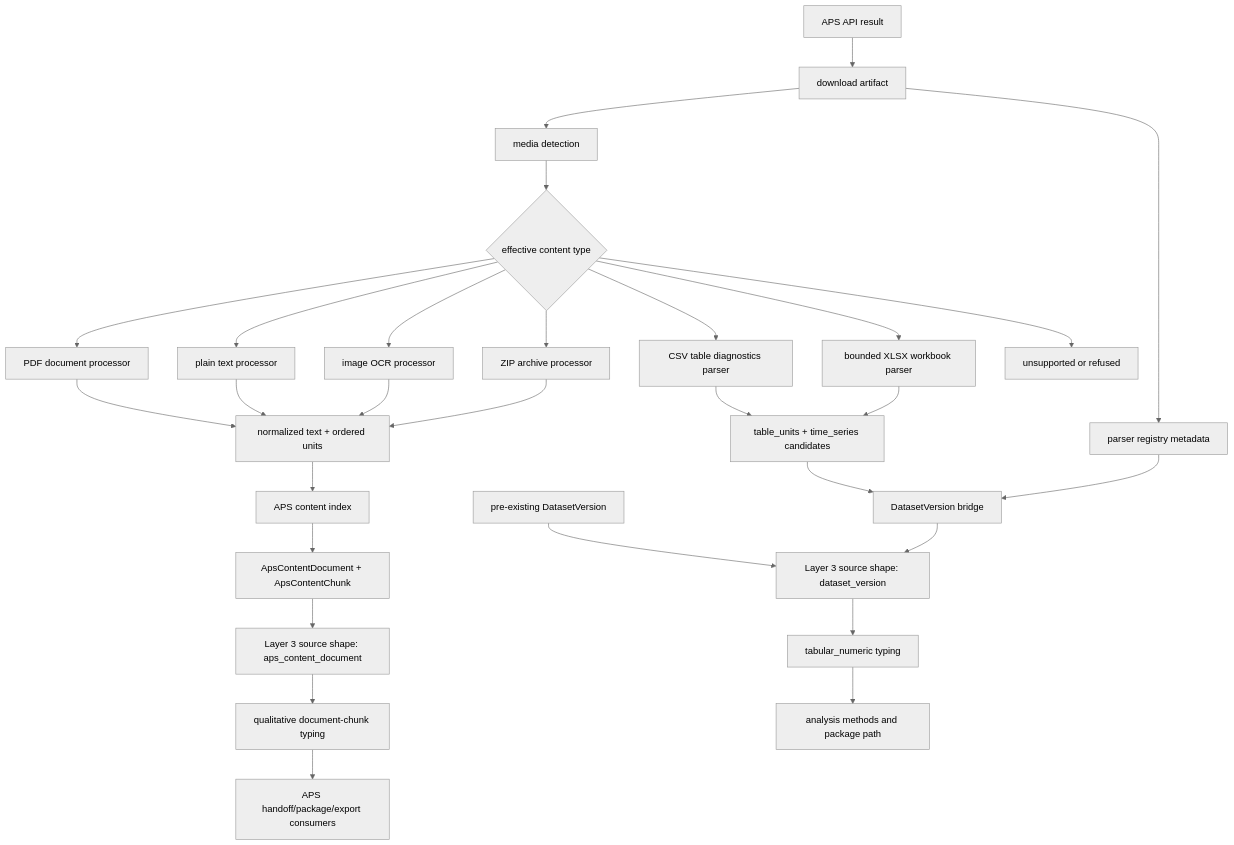
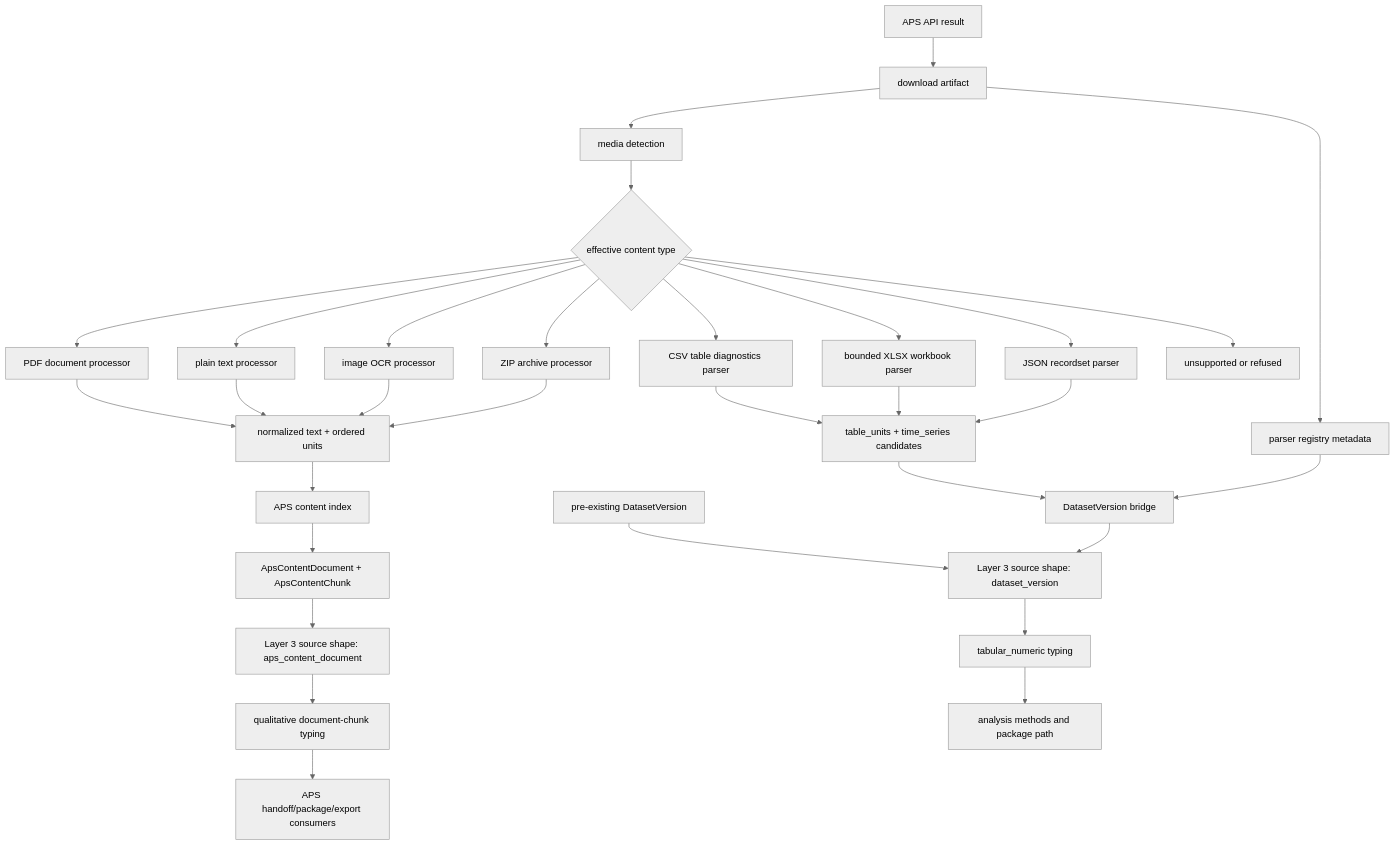
One commit to benjmcd/project6_REPO_MCP_FOLDER changed the first of 2 diagrams in next_milestone_plans/multi-ingest/README.md. Above: the diagram before and after it, drawn with Mermaid (neutral theme). The commit also changed other lines of this file and 23 other files, not shown here.

Commit message:
Add bounded APS JSON recordset parser

````diff
--- a/next_milestone_plans/multi-ingest/README.md
+++ b/next_milestone_plans/multi-ingest/README.md
@@ -57,33 +58,35 @@
 ```mermaid
 flowchart TD
     A["APS API result"] --> B["download artifact"]
     B --> C["media detection"]
     C --> D{"effective content type"}
     D --> E["PDF document processor"]
     D --> F["plain text processor"]
     D --> CSV["CSV table diagnostics parser"]
     D --> XLSX["bounded XLSX workbook parser"]
+    D --> JSON["JSON recordset parser"]
     D --> G["image OCR processor"]
     D --> H["ZIP archive processor"]
     D --> I["unsupported or refused"]
     E --> J["normalized text + ordered units"]
     F --> J
     G --> J
     H --> J
     CSV --> TU["table_units + time_series candidates"]
     XLSX --> TU
+    JSON --> TU
     TU --> U["opt-in table DatasetVersion bridge"]
     J --> K["APS content index"]
     K --> L["ApsContentDocument + ApsContentChunk"]
     L --> M["Layer 3 source shape: aps_content_document"]
     M --> N["qualitative document-chunk typing"]
     N --> O["APS handoff/package/export consumers"]
 
     P["pre-existing DatasetVersion"] --> Q["Layer 3 source shape: dataset_version"]
     Q --> R["tabular_numeric typing"]
     R --> S["analysis methods and package path"]
 
     B --> T["parser registry metadata"]
     T --> U["DatasetVersion bridge"]
     U --> Q
 ```
````
